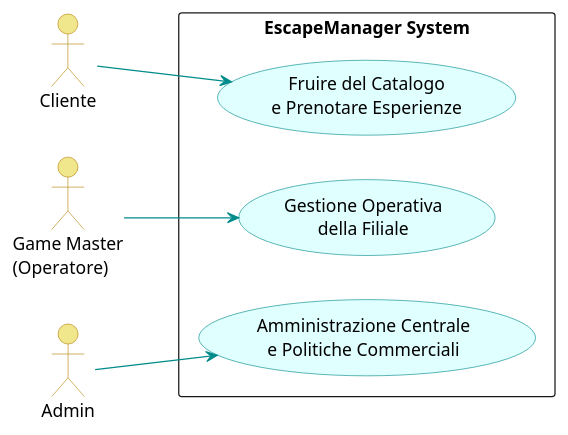
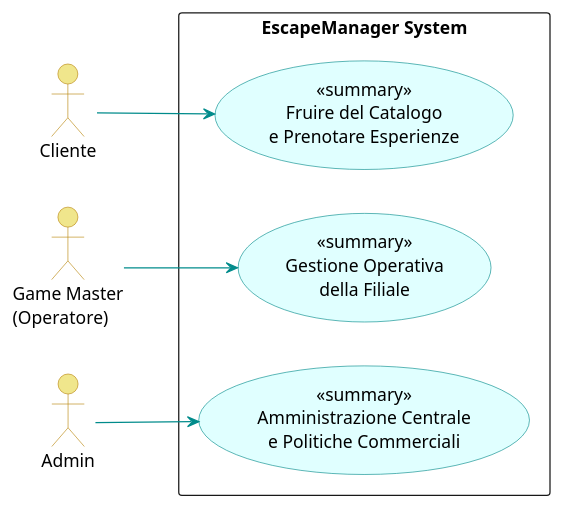
Before and after one commit to Adrycasta04/EscapeManager: the diagram in docs/UML/usecase_diagram_ridotto.puml, drawn with PlantUML. The commit also changed 7 other files, not shown here.

```diff
--- a/docs/UML/usecase_diagram_ridotto.puml
+++ b/docs/UML/usecase_diagram_ridotto.puml
@@ -1,30 +1,33 @@
 @startuml usecase_diagram_ridotto
 left to right direction
 skinparam packageStyle rectangle
 skinparam usecase {
     BackgroundColor LightCyan
     BorderColor DarkCyan
     ArrowColor DarkCyan
+}
+skinparam usecase<<summary>> {
+    StereotypeFontSize 11
 }
 skinparam actor {
     BackgroundColor Khaki
     BorderColor DarkGoldenRod
 }
 
 actor "Cliente" as C
 actor "Game Master\n(Operatore)" as GM
 actor "Admin" as A
 
 rectangle "EscapeManager System" {
     
-    usecase "Fruire del Catalogo\ne Prenotare Esperienze" as UC_Macro1
-    usecase "Gestione Operativa\ndella Filiale" as UC_Macro2
-    usecase "Amministrazione Centrale\ne Politiche Commerciali" as UC_Macro3
+    usecase "<<summary>>\nFruire del Catalogo\ne Prenotare Esperienze" as UC_Macro1
+    usecase "<<summary>>\nGestione Operativa\ndella Filiale" as UC_Macro2
+    usecase "<<summary>>\nAmministrazione Centrale\ne Politiche Commerciali" as UC_Macro3
 
 }
 
 C --> UC_Macro1
 GM --> UC_Macro2
 A --> UC_Macro3
 
 @enduml
```
